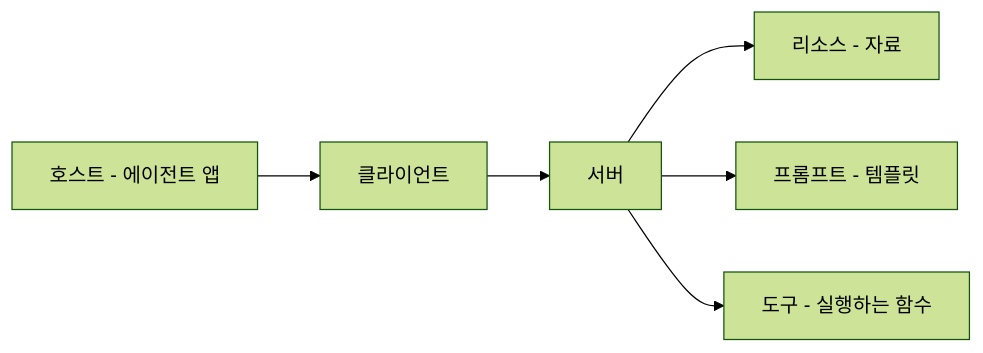
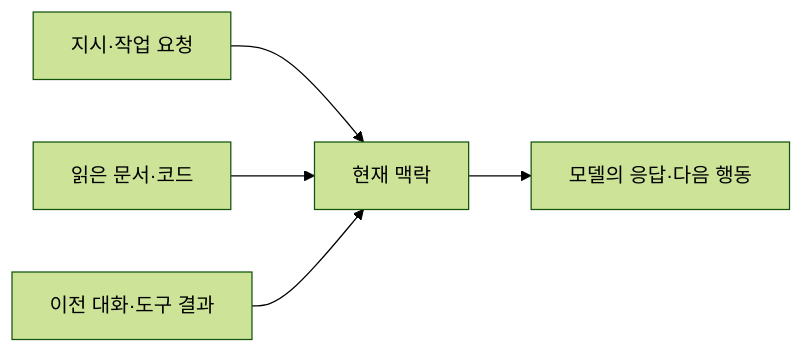
Before and after one commit to YoungSan77/TrainingMaterials: the diagram in courses/ai-native/sessions/s06.md, drawn with Mermaid (forest theme). The commit also changed other lines of this file and 286 other files, not shown here.

````diff
--- a/courses/ai-native/sessions/s06.md
+++ b/courses/ai-native/sessions/s06.md
@@ -164,8 +50,7 @@
 ```mermaid
 flowchart LR
-    H["호스트 - 에이전트 앱"] --> C["클라이언트"]
-    C --> S["서버"]
-    S --> R["리소스 - 자료"]
-    S --> P["프롬프트 - 템플릿"]
-    S --> T["도구 - 실행하는 함수"]
+    A["지시·작업 요청"] --> C["현재 맥락"]
+    B["읽은 문서·코드"] --> C
+    D["이전 대화·도구 결과"] --> C
+    C --> E["모델의 응답·다음 행동"]
 ```
````
